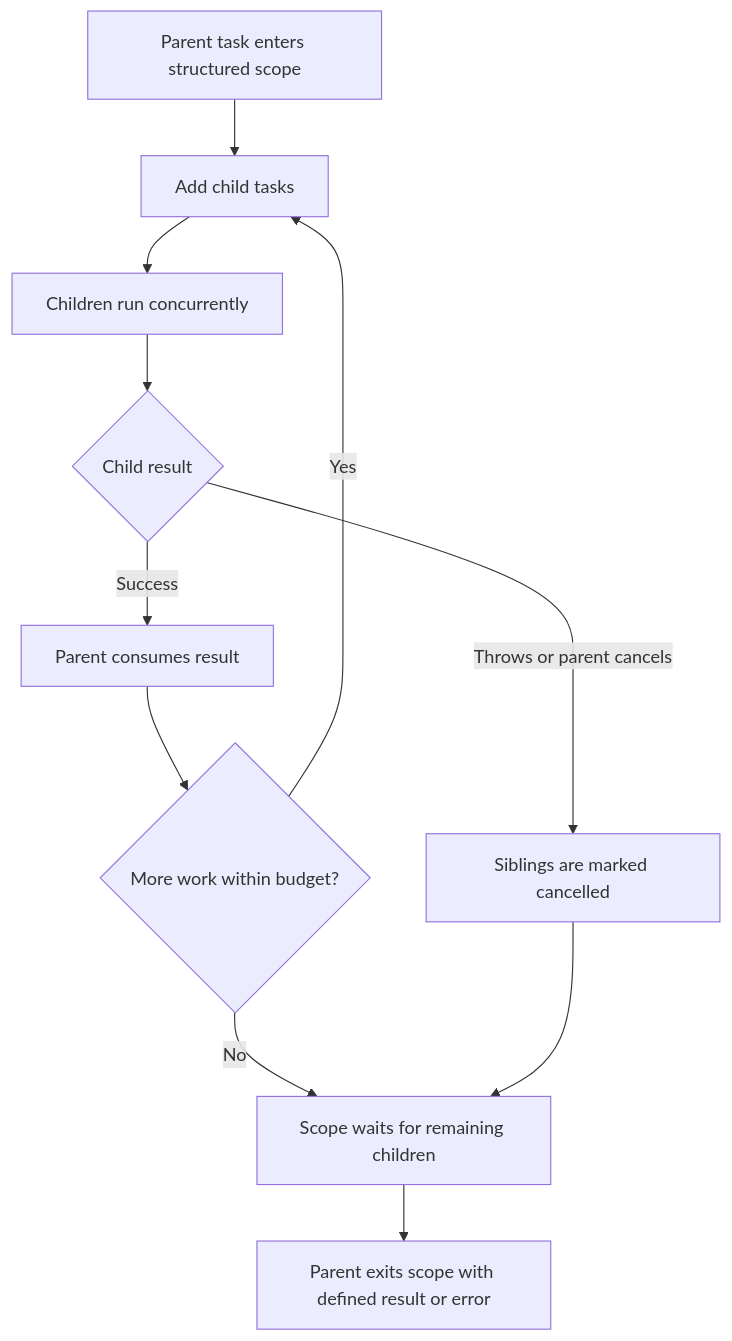
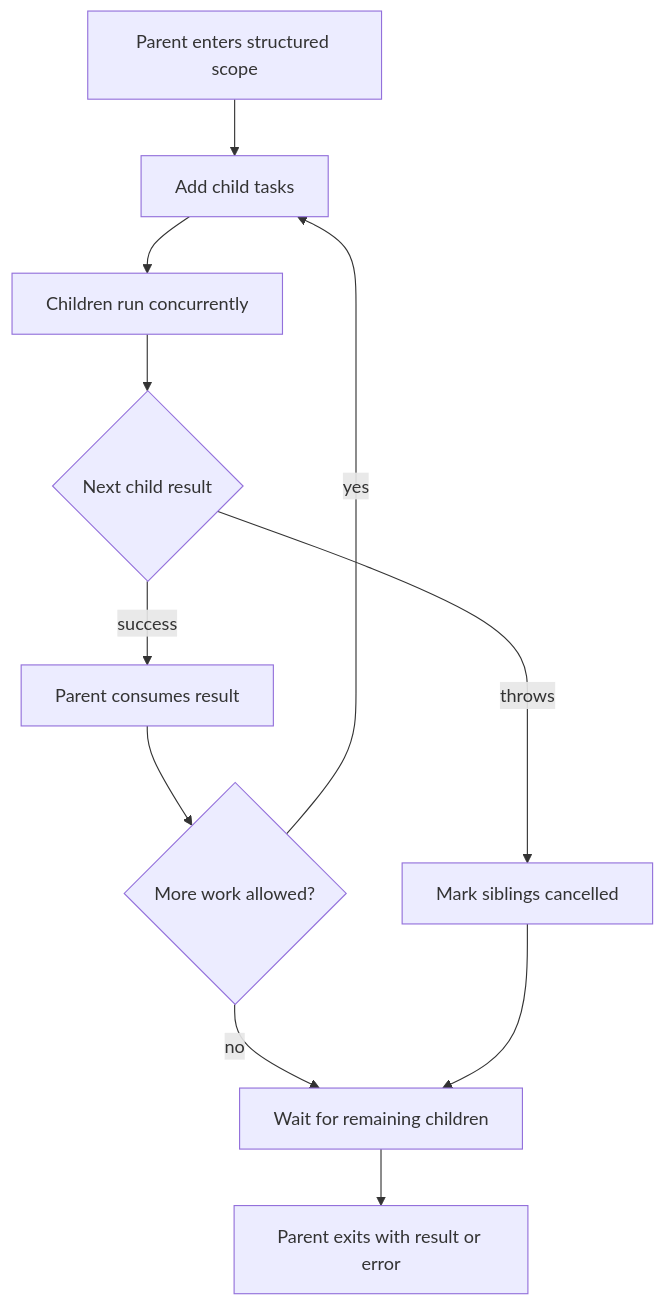
One commit to melancholygaze13/preparation-kit changed the diagram in docs/swift/concurrency/structured-concurrency-and-task-groups/theory.md. Above: the diagram before and after it, drawn with Mermaid. The commit also changed other lines of this file and 79 other files, not shown here.

Commit message:
docs: improve study content clarity and architecture guidance

````diff
--- a/docs/swift/concurrency/structured-concurrency-and-task-groups/theory.md
+++ b/docs/swift/concurrency/structured-concurrency-and-task-groups/theory.md
@@ -29,13 +29,15 @@
 ```mermaid
 flowchart TD
-    A["Parent task enters structured scope"] --> B["Add child tasks"]
-    B --> C["Children run concurrently"]
-    C --> D{"Child result"}
-    D -- "Success" --> E["Parent consumes result"]
-    D -- "Throws or parent cancels" --> F["Siblings are marked cancelled"]
-    E --> G{"More work within budget?"}
-    G -- "Yes" --> B
-    G -- "No" --> H["Scope waits for remaining children"]
-    F --> H
-    H --> I["Parent exits scope with defined result or error"]
+    Start["Parent enters structured scope"] --> Add["Add child tasks"]
+    Add --> Run["Children run concurrently"]
+    Run --> Result{"Next child result"}
+
+    Result -- "success" --> Consume["Parent consumes result"]
+    Consume --> More{"More work allowed?"}
+    More -- "yes" --> Add
+    More -- "no" --> Wait["Wait for remaining children"]
+
+    Result -- "throws" --> Cancel["Mark siblings cancelled"]
+    Cancel --> Wait
+    Wait --> Exit["Parent exits with result or error"]
 ```
````
